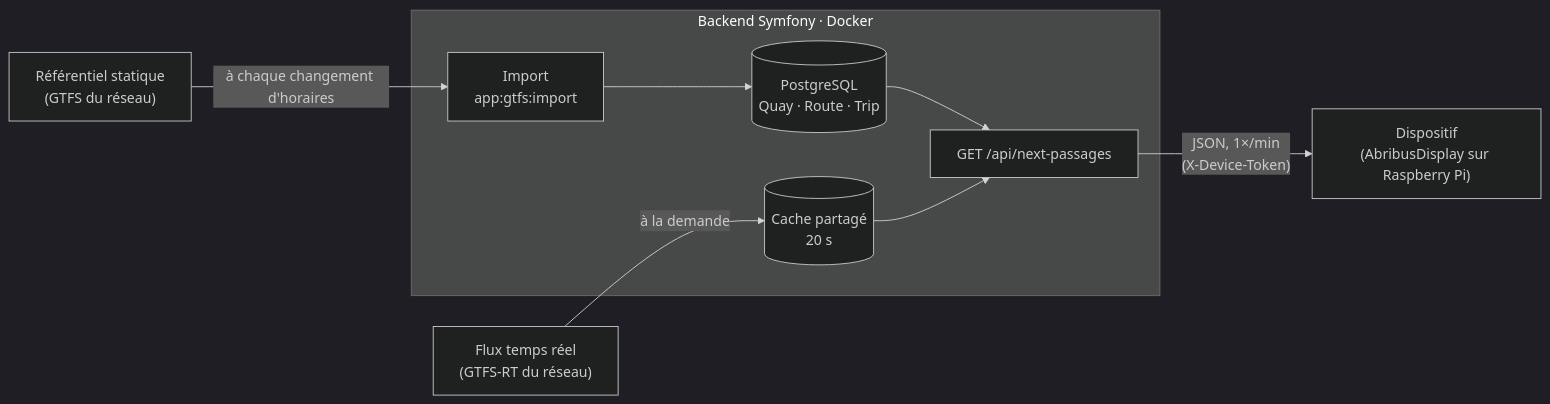
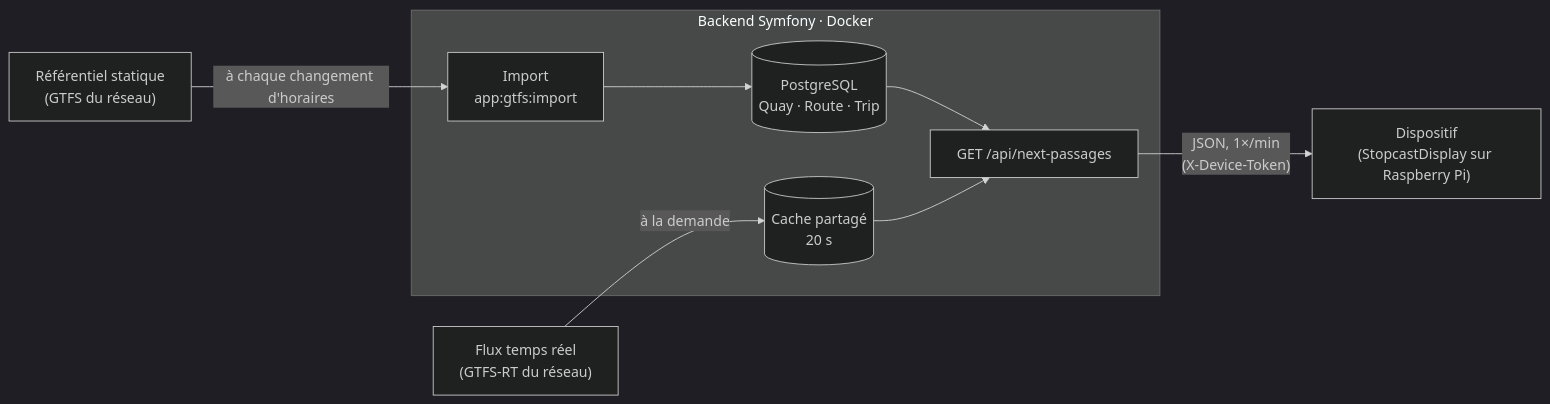
One commit to v-gael/Stopcast changed the diagram in README.md. Above: the diagram before and after it, drawn with Mermaid (dark theme). The commit also changed other lines of this file and 50 other files, not shown here.

````diff
--- a/README.md
+++ b/README.md
@@ -25,13 +25,13 @@
 ```mermaid
 flowchart LR
     ST["Référentiel statique<br/>(GTFS du réseau)"]
     RT["Flux temps réel<br/>(GTFS-RT du réseau)"]
     subgraph Back["Backend Symfony · Docker"]
         I["Import<br/>app:gtfs:import"] --> DB[("PostgreSQL<br/>Quay · Route · Trip")]
         DB --> A["GET /api/next-passages"]
         C[("Cache partagé<br/>20 s")] --> A
     end
     ST -- "à chaque changement d'horaires" --> I
     RT -- "à la demande" --> C
-    A -- "JSON, 1×/min<br/>(X-Device-Token)" --> D["Dispositif<br/>(AbribusDisplay sur Raspberry Pi)"]
+    A -- "JSON, 1×/min<br/>(X-Device-Token)" --> D["Dispositif<br/>(StopcastDisplay sur Raspberry Pi)"]
 ```
````
